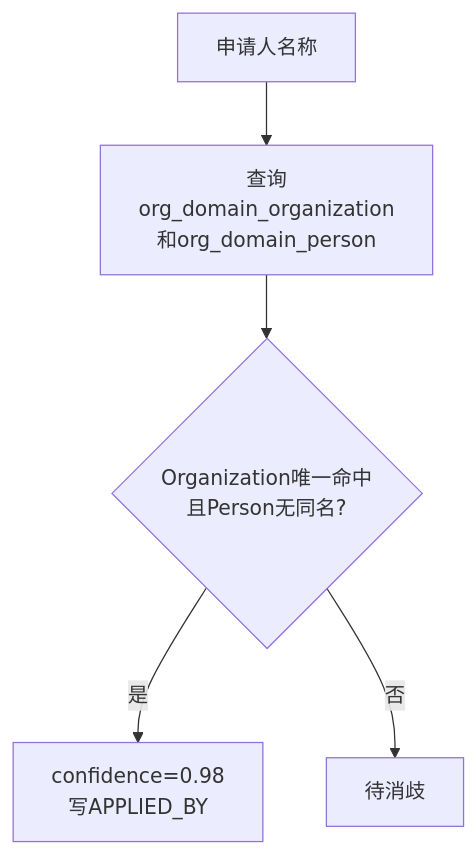
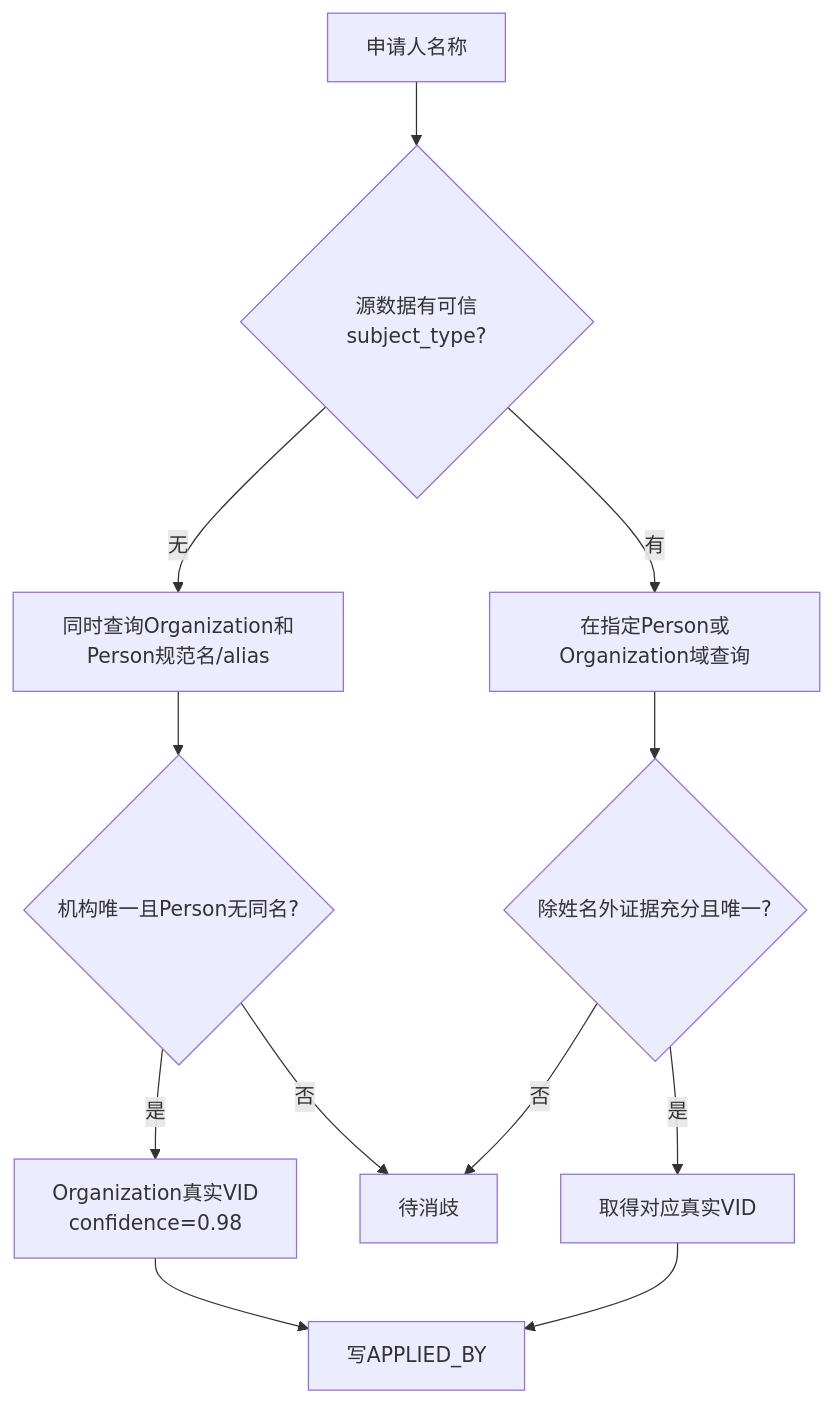
One commit to Marisolebxf/tech-kg-api changed the seventh of 10 diagrams in backend/schemas/specifications/patent_relation_extraction.md. Above: the diagram before and after it, drawn with Mermaid. The commit also changed other lines of this file and 21 other files, not shown here.

````diff
--- a/backend/schemas/specifications/patent_relation_extraction.md
+++ b/backend/schemas/specifications/patent_relation_extraction.md
@@ -164,7 +208,14 @@
 ```mermaid
 flowchart TD
-    A[申请人名称] --> B[查询org_domain_organization<br/>和org_domain_person]
-    B --> C{Organization唯一命中<br/>且Person无同名?}
-    C -->|是| D[confidence=0.98<br/>写APPLIED_BY]
-    C -->|否| E[待消歧]
+    A[申请人名称] --> B{源数据有可信subject_type?}
+    B -->|有| C[在指定Person或Organization域查询]
+    B -->|无| D[同时查询Organization和Person规范名/alias]
+    D --> E{机构唯一且Person无同名?}
+    E -->|是| F[Organization真实VID<br/>confidence=0.98]
+    E -->|否| G[待消歧]
+    C --> H{除姓名外证据充分且唯一?}
+    H -->|是| I[取得对应真实VID]
+    H -->|否| G
+    F --> J[写APPLIED_BY]
+    I --> J
 ```
````
